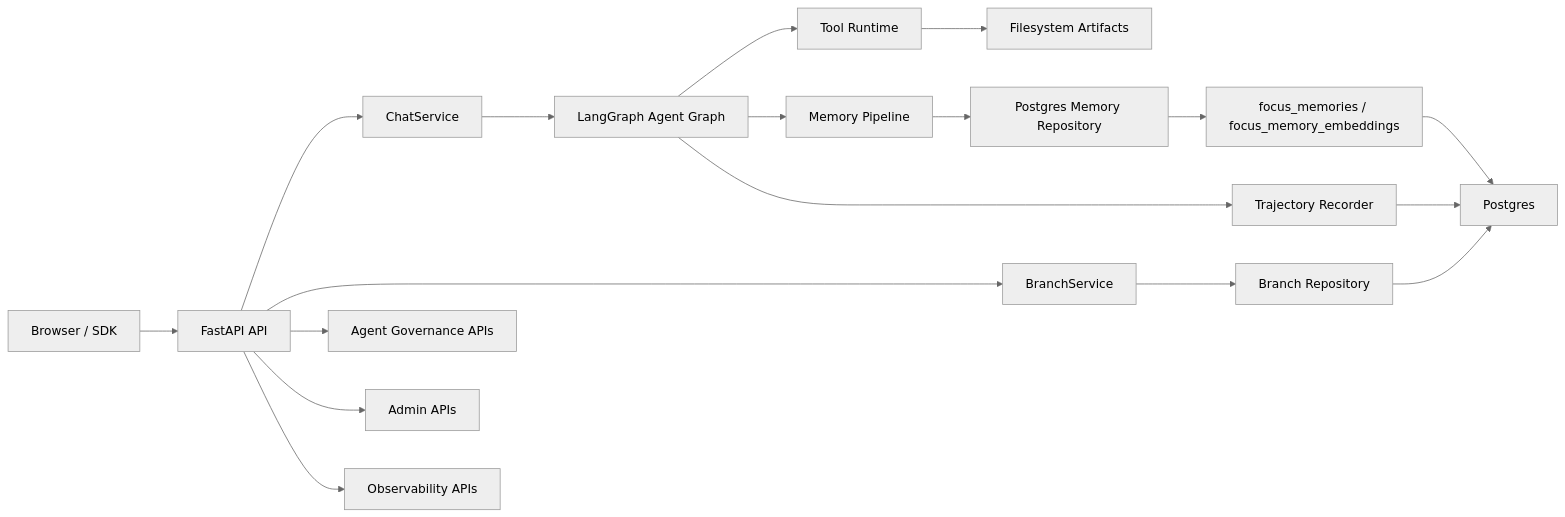
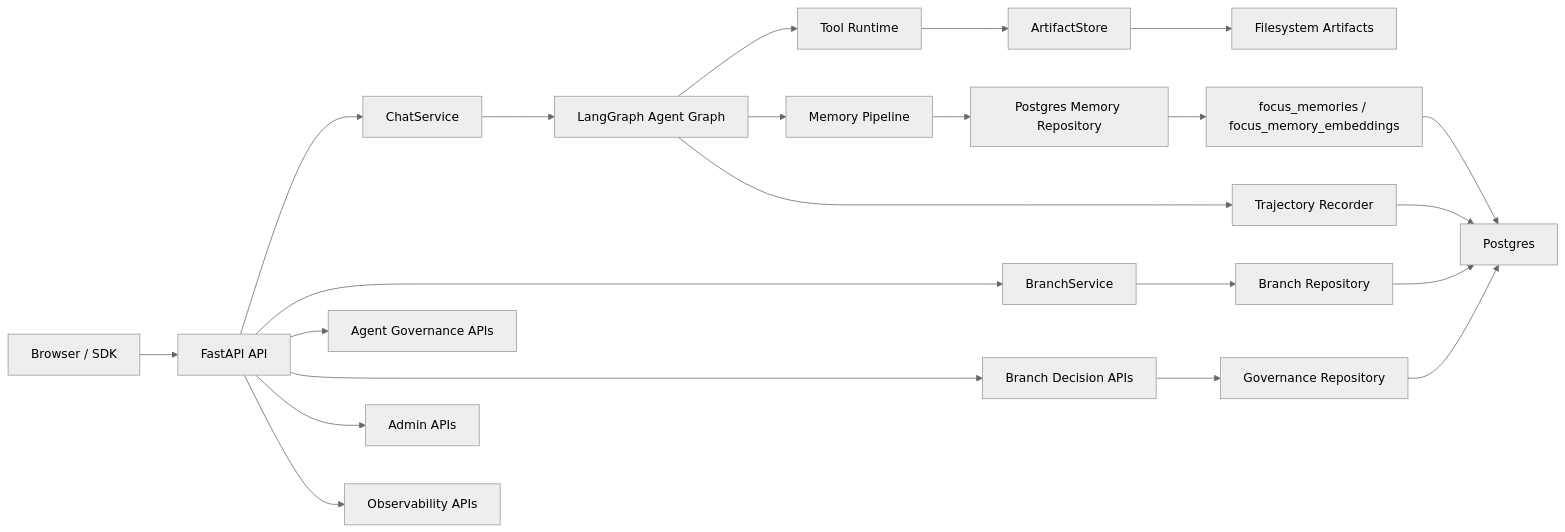
The first of 5 diagrams in docs/architecture.md (William-zgx/focus-agent), drawn with Mermaid (neutral theme) before and after one commit. The commit also changed other lines of this file and 484 other files, not shown here.

Commit message:
feat: add workbench branch decision baseline

````diff
--- a/docs/architecture.md
+++ b/docs/architecture.md
@@ -46,20 +48,24 @@
 ```mermaid
 flowchart LR
     User["Browser / SDK"] --> API["FastAPI API"]
     API --> Chat["ChatService"]
     API --> Branch["BranchService"]
     API --> Governance["Agent Governance APIs"]
+    API --> Decision["Branch Decision APIs"]
     API --> Admin["Admin APIs"]
     API --> Obs["Observability APIs"]
     Chat --> Graph["LangGraph Agent Graph"]
     Graph --> Tools["Tool Runtime"]
     Graph --> Memory["Memory Pipeline"]
     Graph --> Trace["Trajectory Recorder"]
     Branch --> Repo["Branch Repository"]
+    Decision --> GovRepo["Governance Repository"]
     Memory --> MemoryRepo["Postgres Memory Repository"]
     MemoryRepo --> MemoryTables["focus_memories / focus_memory_embeddings"]
     Trace --> PG["Postgres"]
     Repo --> PG
+    GovRepo --> PG
     MemoryTables --> PG
-    Tools --> Artifacts["Filesystem Artifacts"]
+    Tools --> ArtifactStore["ArtifactStore"]
+    ArtifactStore --> Artifacts["Filesystem Artifacts"]
 ```
````
